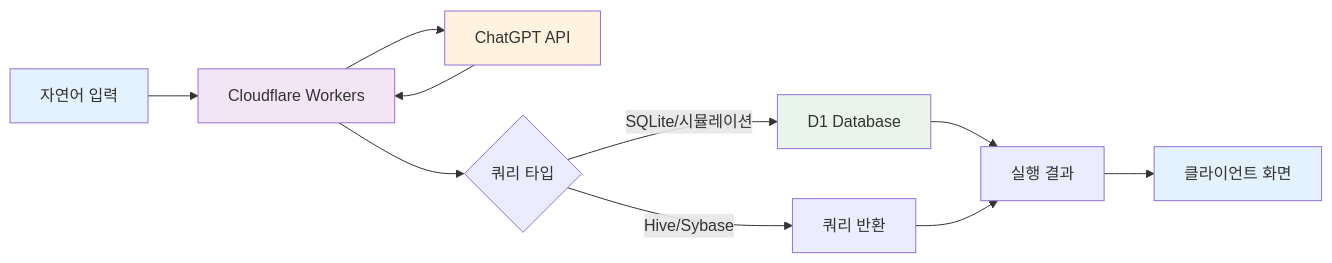
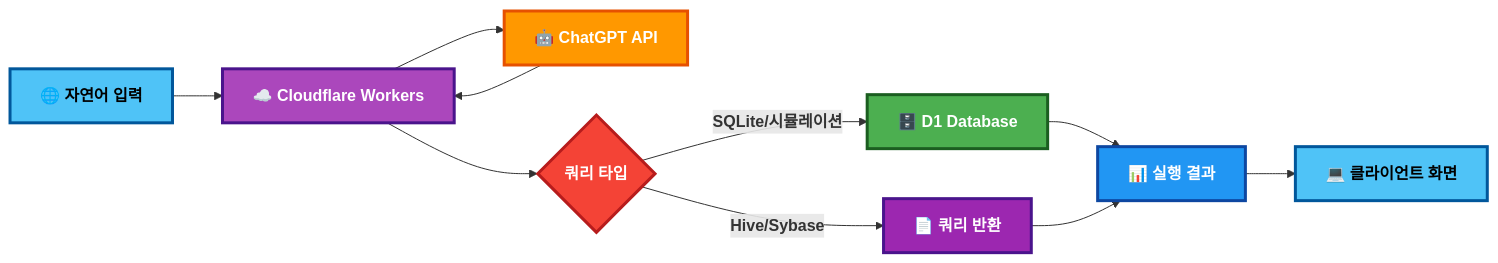
One commit to Jeong-jaehoon/CoP_TTSQL changed the diagram in README.md. Above: the diagram before and after it, drawn with Mermaid.

Commit message:
🎨 Mermaid 다이어그램 시각적 개선
- 모든 텍스트를 bold체로 변경하여 가독성 향상
- 각 노드에 의미있는 이모지 아이콘 추가
- 고대비 색상 조합으로 가시성 개선:
  • 입력/출력: 하늘색 (#4fc3f7)
  • Workers: 보라색 (#ab47bc)
  • ChatGPT: 주황색 (#ff9800)
  • 분기: 빨간색 (#f44336)
  • DB: 초록색 (#4caf50)
  • 결과: 파란색 (#2196f3)
- 테두리 두께 3px로 강조

🤖 Generated with [Claude Code](https://claude.ai/code)

````diff
--- a/README.md
+++ b/README.md
@@ -5,18 +5,21 @@
 ```mermaid
 graph LR
-    A[자연어 입력] --> B[Cloudflare Workers]
-    B --> C[ChatGPT API]
+    A[<b>🌐 자연어 입력</b>] --> B[<b>☁️ Cloudflare Workers</b>]
+    B --> C[<b>🤖 ChatGPT API</b>]
     C --> B
-    B --> D{쿼리 타입}
-    D -->|SQLite/시뮬레이션| E[D1 Database]
-    D -->|Hive/Sybase| F[쿼리 반환]
-    E --> G[실행 결과]
+    B --> D{<b>쿼리 타입</b>}
+    D -->|<b>SQLite/시뮬레이션</b>| E[<b>🗄️ D1 Database</b>]
+    D -->|<b>Hive/Sybase</b>| F[<b>📄 쿼리 반환</b>]
+    E --> G[<b>📊 실행 결과</b>]
     F --> G
-    G --> H[클라이언트 화면]
+    G --> H[<b>💻 클라이언트 화면</b>]
     
-    style A fill:#e3f2fd
-    style B fill:#f3e5f5  
-    style C fill:#fff3e0
-    style E fill:#e8f5e8
-    style H fill:#e3f2fd
+    style A fill:#4fc3f7,stroke:#01579b,stroke-width:3px,color:#000
+    style B fill:#ab47bc,stroke:#4a148c,stroke-width:3px,color:#fff
+    style C fill:#ff9800,stroke:#e65100,stroke-width:3px,color:#fff
+    style D fill:#f44336,stroke:#b71c1c,stroke-width:3px,color:#fff
+    style E fill:#4caf50,stroke:#1b5e20,stroke-width:3px,color:#fff
+    style F fill:#9c27b0,stroke:#4a148c,stroke-width:3px,color:#fff
+    style G fill:#2196f3,stroke:#0d47a1,stroke-width:3px,color:#fff
+    style H fill:#4fc3f7,stroke:#01579b,stroke-width:3px,color:#000
 ```
````
